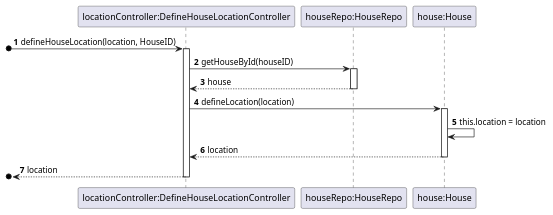
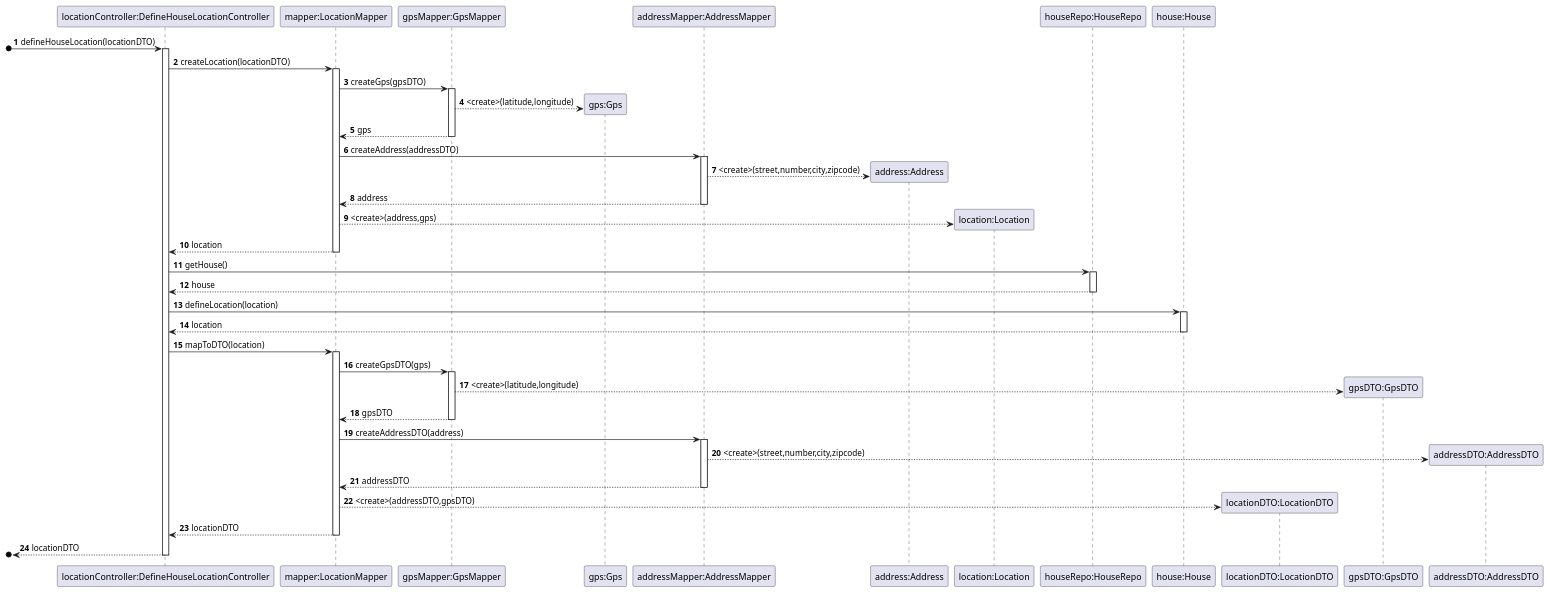
Before and after one commit to ozepedrorodrigues/projetoIntermedio: the diagram in docs/sequence/US001_DDD.puml, drawn with PlantUML.

```diff
--- a/docs/sequence/US001_DDD.puml
+++ b/docs/sequence/US001_DDD.puml
@@ -1,28 +1,63 @@
 @startuml
 'https://plantuml.com/sequence-diagram
 
 autonumber
 
 participant "locationController:DefineHouseLocationController" as LC
+participant "mapper:LocationMapper" as M
+participant "gpsMapper:GpsMapper" as G
+participant "gps:Gps" as GPS
+participant "addressMapper:AddressMapper" as A
+participant "address:Address" as AD
+participant "location:Location" as L
 participant "houseRepo:HouseRepo" as HF
 participant "house:House" as H
+participant "locationDTO:LocationDTO" as DTO
+participant "gpsDTO:GpsDTO" as GPSDTO
+participant "addressDTO:AddressDTO" as ADTO
 
-[o-> LC : defineHouseLocation(location, HouseID)
+[o-> LC : defineHouseLocation(locationDTO)
+
 activate LC
-LC -> HF: getHouseById(houseID)
+LC->M : createLocation(locationDTO)
+activate M
+M->G : createGps(gpsDTO)
+activate G
+G-->GPS** : <create>(latitude,longitude)
+G-->M : gps
+deactivate G
+M->A : createAddress(addressDTO)
+activate A
+A-->AD** : <create>(street,number,city,zipcode)
+A-->M : address
+deactivate A
+M-->L** : <create>(address,gps)
+M-->LC : location
+deactivate M
+LC->HF : getHouse()
 activate HF
-HF --> LC: house
+HF-->LC : house
 deactivate HF
-LC -> H : defineLocation(location)
+LC->H : defineLocation(location)
 activate H
-H -> H: this.location = location
-H --> LC: location
+H-->LC : location
 deactivate H
-[o<--LC: location
+LC -> M : mapToDTO(location)
+activate M
+M->G : createGpsDTO(gps)
+activate G
+G-->GPSDTO** : <create>(latitude,longitude)
+G-->M : gpsDTO
+deactivate G
+M->A : createAddressDTO(address)
+activate A
+A-->ADTO** : <create>(street,number,city,zipcode)
+A-->M : addressDTO
+deactivate A
+M-->DTO** : <create>(addressDTO,gpsDTO)
+M-->LC : locationDTO
+deactivate M
+[o<-- LC : locationDTO
 deactivate LC
 
-
-
-
-
 @enduml
```
